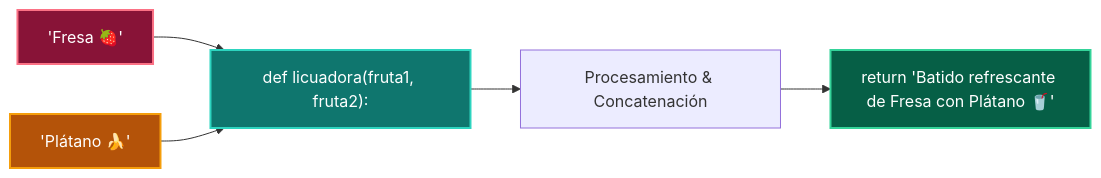
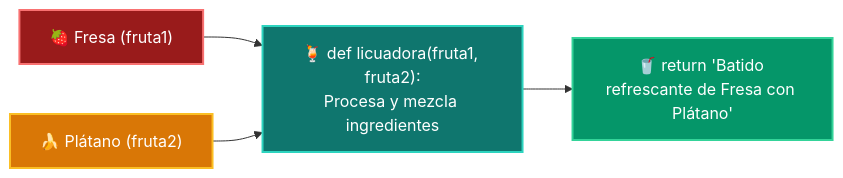
Before and after one commit to wisrovi/wisrovi-python: the diagram in 01-fundamentos-python/clase-01-panorama-general/ejemplos/ejemplo_05_funcion_la_licuadora/README.md, drawn with Mermaid. The commit also changed other lines of this file and 54 other files, not shown here.

Commit message:
refactor: clean repository root by moving maintenance scripts to scripts/ and restore rich high-contrast Mermaid diagrams for all classes and examples

````diff
--- a/01-fundamentos-python/clase-01-panorama-general/ejemplos/ejemplo_05_funcion_la_licuadora/README.md
+++ b/01-fundamentos-python/clase-01-panorama-general/ejemplos/ejemplo_05_funcion_la_licuadora/README.md
@@ -12,12 +12,11 @@
 ```mermaid
 flowchart LR
-    IN1["'Fresa 🍓'"] --> BLEND["def licuadora(fruta1, fruta2):"]
-    IN2["'Plátano 🍌'"] --> BLEND
-    BLEND --> PROC["Procesamiento & Concatenación"]
-    PROC --> OUT["return 'Batido refrescante de Fresa con Plátano 🥤'"]
+    IN1["🍓 Fresa (fruta1)"] --> BLENDER["🍹 def licuadora(fruta1, fruta2):<br/>Procesa y mezcla ingredientes"]
+    IN2["🍌 Plátano (fruta2)"] --> BLENDER
+    BLENDER --> OUT["🥤 return 'Batido refrescante de Fresa con Plátano'"]
 
-    style IN1 fill:#881337,color:#fff,stroke:#fb7185,stroke-width:2px
-    style IN2 fill:#b45309,color:#fff,stroke:#f59e0b,stroke-width:2px
-    style BLEND fill:#0f766e,color:#fff,stroke:#2dd4bf,stroke-width:2px
-    style OUT fill:#065f46,color:#fff,stroke:#34d399,stroke-width:2px
+    style IN1 fill:#991b1b,color:#ffffff,stroke:#f87171,stroke-width:2px
+    style IN2 fill:#d97706,color:#ffffff,stroke:#fbbf24,stroke-width:2px
+    style BLENDER fill:#0f766e,color:#ffffff,stroke:#2dd4bf,stroke-width:2px
+    style OUT fill:#059669,color:#ffffff,stroke:#34d399,stroke-width:2px
 ```
````
